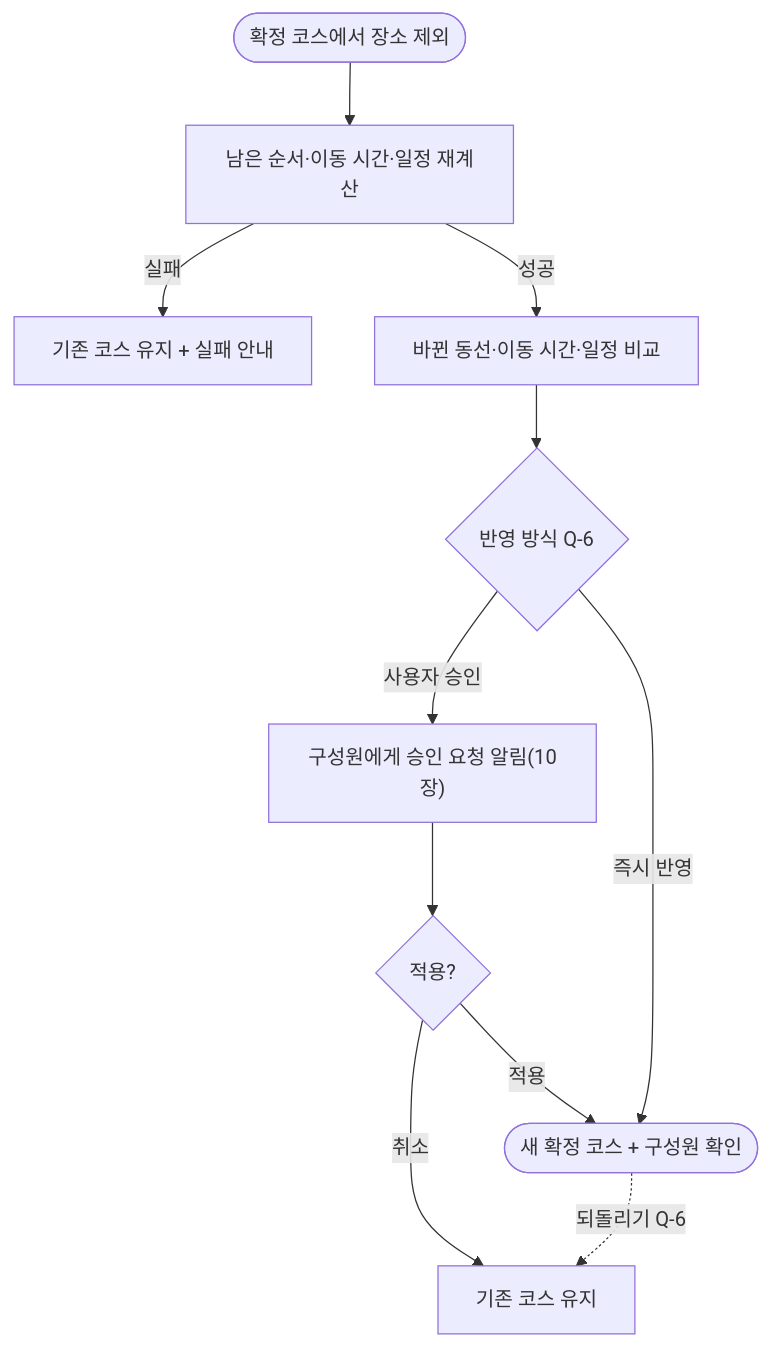
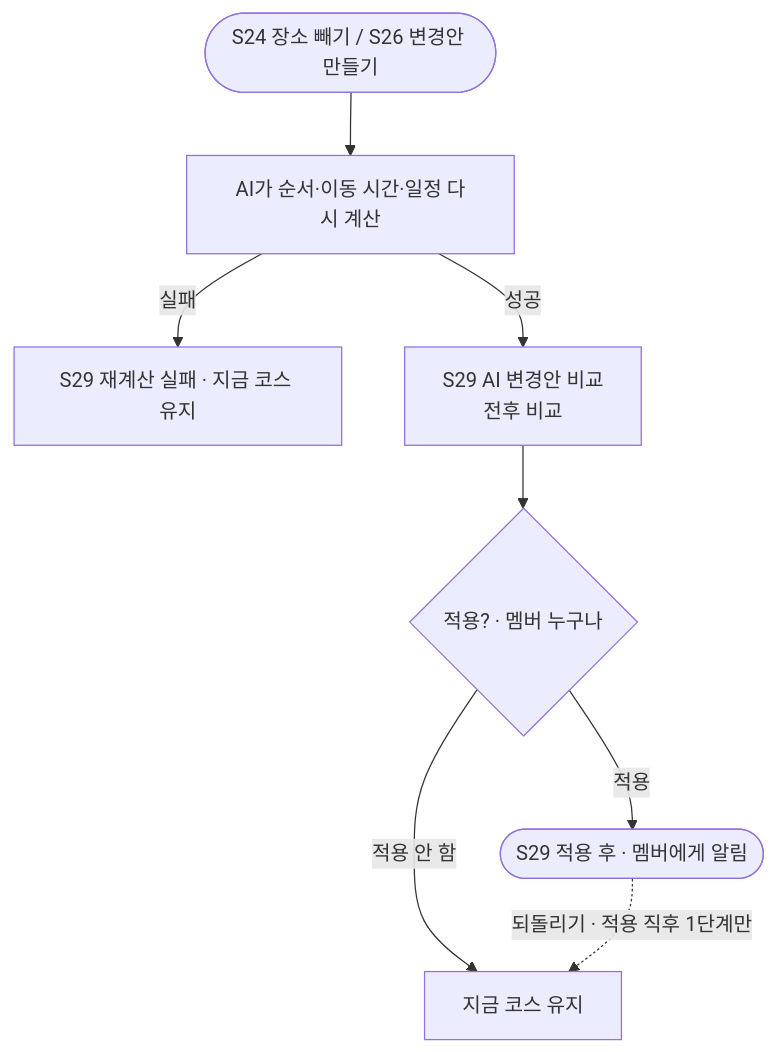
One commit to a204-eodilog/eodilog changed diagram 16 of 24 in docs/flow/user-flow.md. Above: the diagram before and after it, drawn with Mermaid. The commit also changed other lines of this file, not shown here.

First line of the commit message:
Docs : 사용자 흐름 Figma 결정 기준 재작성

````diff
--- a/docs/flow/user-flow.md
+++ b/docs/flow/user-flow.md
@@ -357,12 +387,10 @@
 ```mermaid
 flowchart TD
-    X(["확정 코스에서 장소 제외"]) --> RC["남은 순서·이동 시간·일정 재계산"]
-    RC -- "실패" --> KEEP["기존 코스 유지 + 실패 안내"]
-    RC -- "성공" --> DIFF["바뀐 동선·이동 시간·일정 비교"]
-    DIFF --> MODE{"반영 방식 Q-6"}
-    MODE -- "사용자 승인" --> NT["구성원에게 승인 요청 알림(10장)"] --> OK{"적용?"}
-    OK -- "적용" --> NEWC(["새 확정 코스 + 구성원 확인"])
-    OK -- "취소" --> KEEP2["기존 코스 유지"]
-    MODE -- "즉시 반영" --> NEWC
-    NEWC -. "되돌리기 Q-6" .-> KEEP2
+    X(["S24 장소 빼기 / S26 변경안 만들기"]) --> RC["AI가 순서·이동 시간·일정 다시 계산"]
+    RC -- "실패" --> KP["S29 재계산 실패 · 지금 코스 유지"]
+    RC -- "성공" --> CMP["S29 AI 변경안 비교<br/>전후 비교"]
+    CMP --> AP{"적용? · 멤버 누구나"}
+    AP -- "적용 안 함" --> KP2["지금 코스 유지"]
+    AP -- "적용" --> NEW(["S29 적용 후 · 멤버에게 알림"])
+    NEW -. "되돌리기 · 적용 직후 1단계만" .-> KP2
 ```
````
